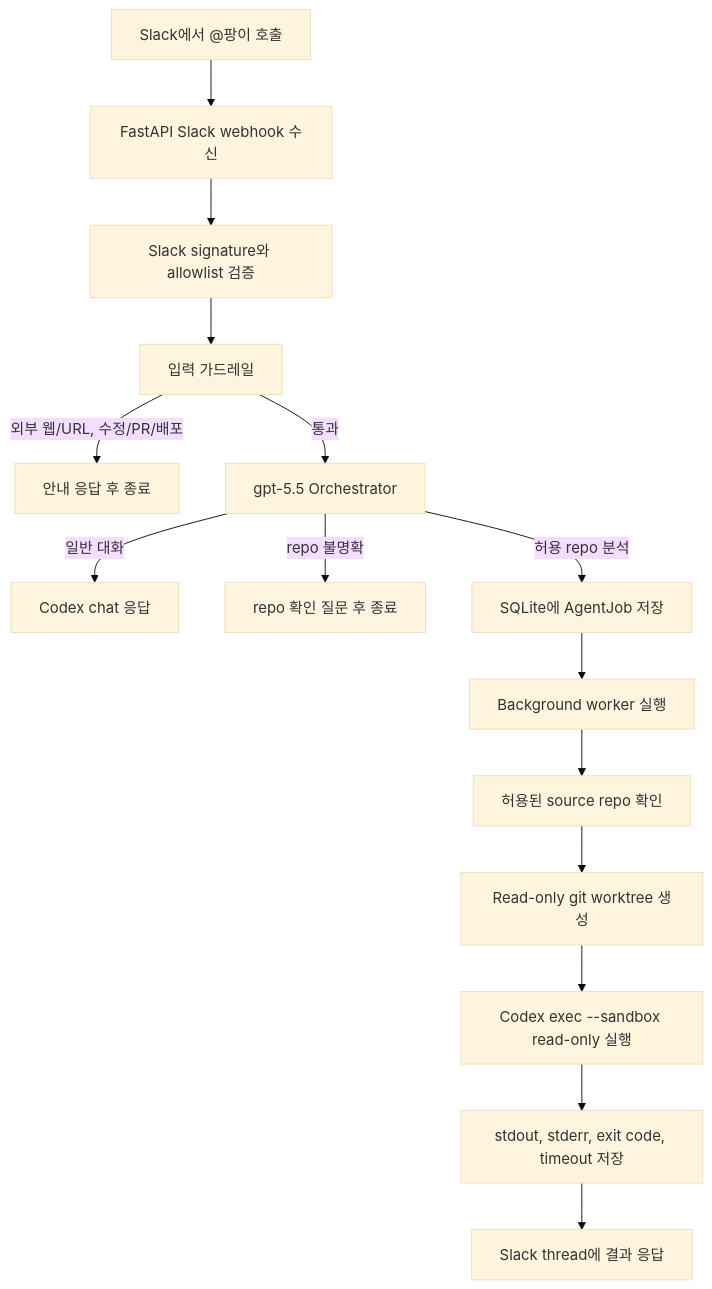
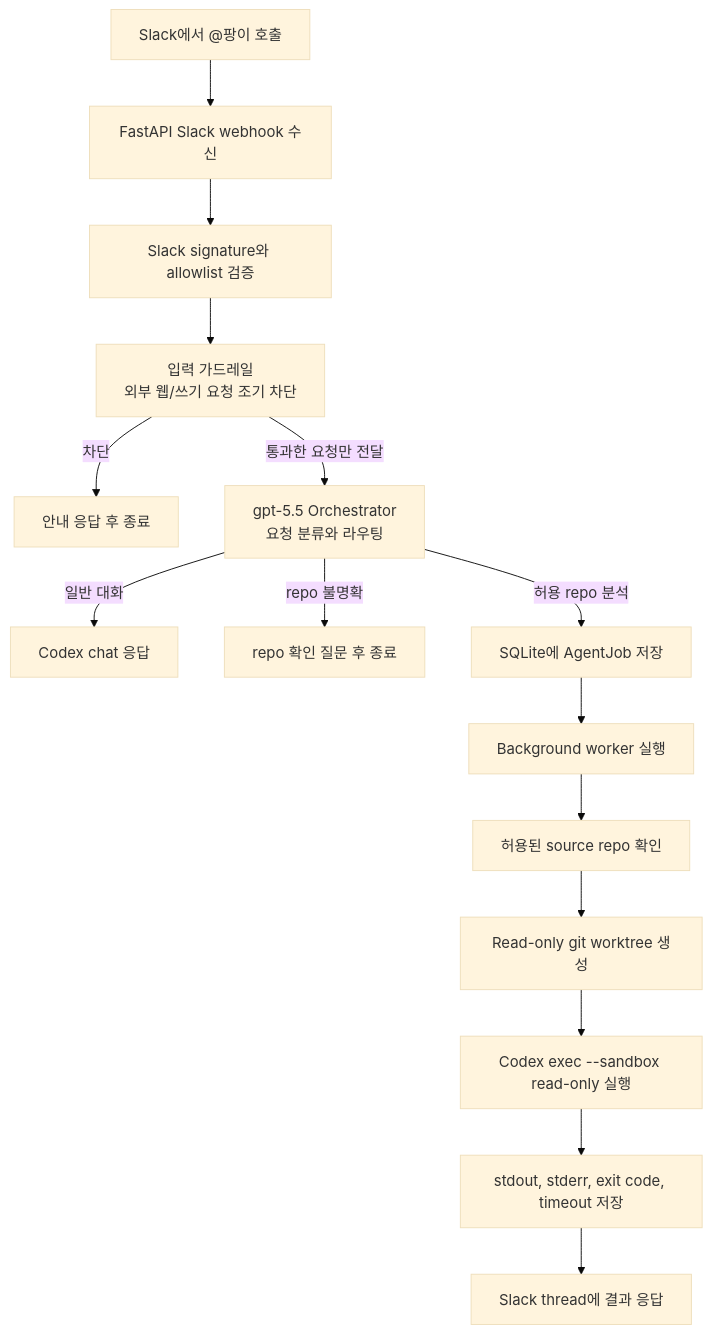
The diagram in README.md (team-PopPang/Pangi), drawn with Mermaid (base theme) before and after one commit. The commit also changed other lines of this file, not shown here.

````diff
--- a/README.md
+++ b/README.md
@@ -16,17 +37,17 @@
 ```mermaid
 flowchart TD
     A["Slack에서 @팡이 호출"] --> B["FastAPI Slack webhook 수신"]
     B --> C["Slack signature와 allowlist 검증"]
-    C --> D["입력 가드레일"]
-    D -->|외부 웹/URL, 수정/PR/배포| X["안내 응답 후 종료"]
-    D -->|통과| E["gpt-5.5 Orchestrator"]
+    C --> D["입력 가드레일<br/>외부 웹/쓰기 요청 조기 차단"]
+    D -->|차단| X["안내 응답 후 종료"]
+    D -->|통과한 요청만 전달| E["gpt-5.5 Orchestrator<br/>요청 분류와 라우팅"]
     E -->|일반 대화| Y["Codex chat 응답"]
     E -->|repo 불명확| Z["repo 확인 질문 후 종료"]
     E -->|허용 repo 분석| F["SQLite에 AgentJob 저장"]
     F --> G["Background worker 실행"]
     G --> H["허용된 source repo 확인"]
     H --> I["Read-only git worktree 생성"]
     I --> J["Codex exec --sandbox read-only 실행"]
     J --> K["stdout, stderr, exit code, timeout 저장"]
     K --> L["Slack thread에 결과 응답"]
 ```
````
